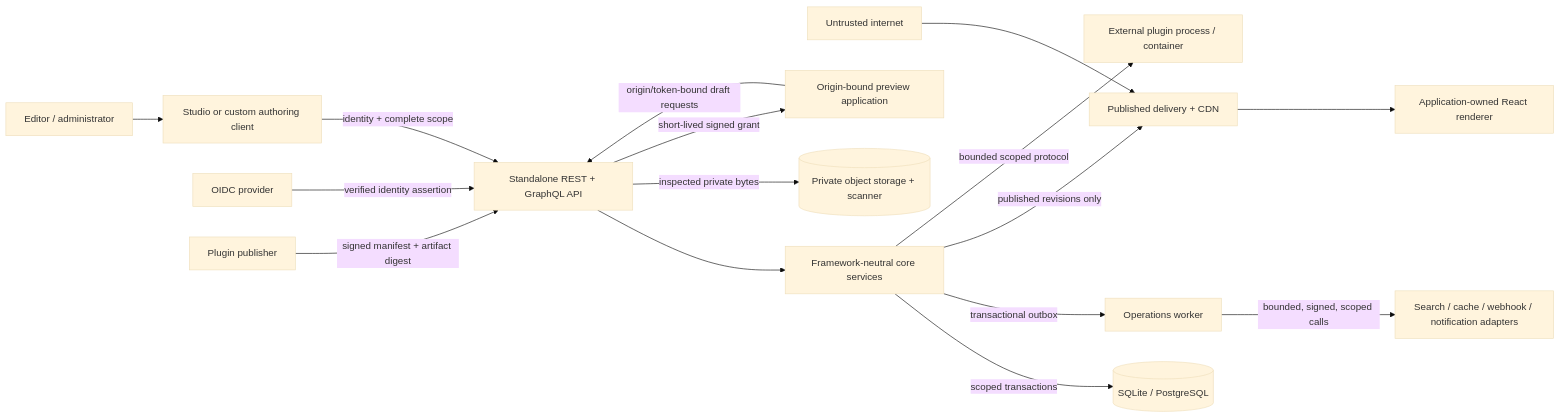
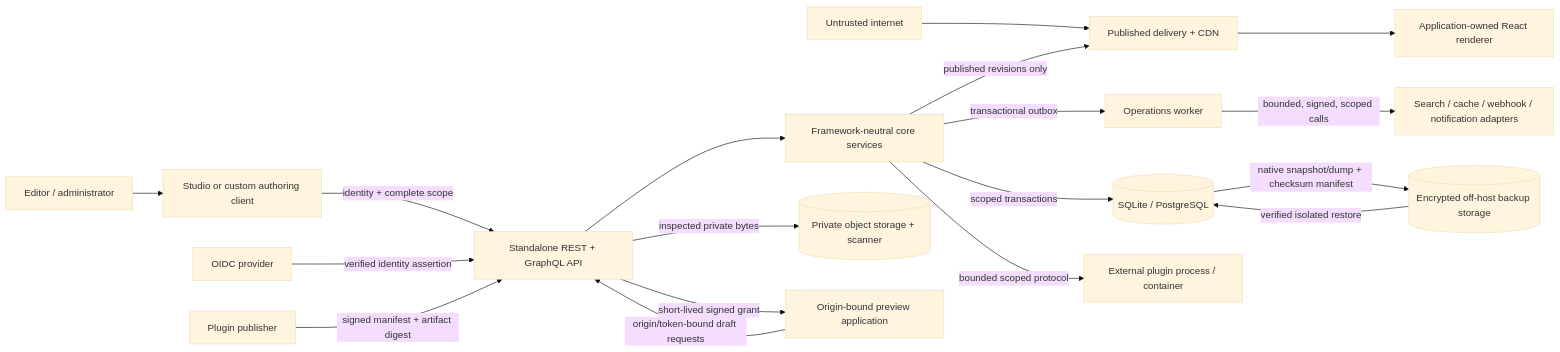
Before and after one commit to Seance1723/GridStory: the diagram in docs/security/threat-model.md, drawn with Mermaid (base theme). The commit also changed other lines of this file and 32 other files, not shown here.

````diff
--- a/docs/security/threat-model.md
+++ b/docs/security/threat-model.md
@@ -9,34 +9,37 @@
 ```mermaid
 flowchart LR
   internet["Untrusted internet"]
   editor["Editor / administrator"]
   studio["Studio or custom authoring client"]
   api["Standalone REST + GraphQL API"]
   core["Framework-neutral core services"]
   db[("SQLite / PostgreSQL")]
   worker["Operations worker"]
   adapters["Search / cache / webhook / notification adapters"]
   object[("Private object storage + scanner")]
   preview["Origin-bound preview application"]
   delivery["Published delivery + CDN"]
   app["Application-owned React renderer"]
   idp["OIDC provider"]
   publisher["Plugin publisher"]
   plugin["External plugin process / container"]
+  backup[("Encrypted off-host backup storage")]
 
   editor --> studio
   internet --> delivery
   studio -->|"identity + complete scope"| api
   idp -->|"verified identity assertion"| api
   api --> core
   core -->|"scoped transactions"| db
   core -->|"transactional outbox"| worker
   worker -->|"bounded, signed, scoped calls"| adapters
   api -->|"inspected private bytes"| object
   api -->|"short-lived signed grant"| preview
   preview -->|"origin/token-bound draft requests"| api
   core -->|"published revisions only"| delivery
   delivery --> app
   publisher -->|"signed manifest + artifact digest"| api
   core -->|"bounded scoped protocol"| plugin
+  db -->|"native snapshot/dump + checksum manifest"| backup
+  backup -->|"verified isolated restore"| db
 ```
````
